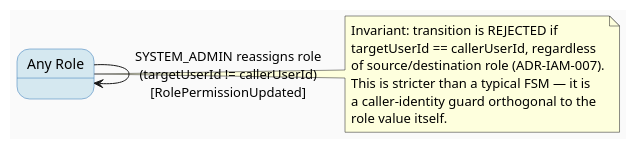
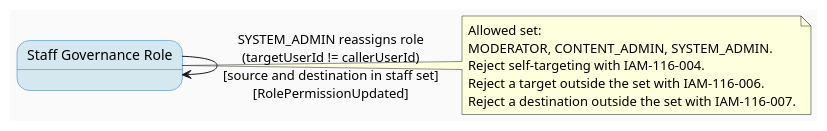
The fourth of 4 diagrams in 04_Implement/UC116_UpdateRoleAndPermission/UC116_UpdateRoleAndPermission_TDS.md (ChuongBDHE172784/CareBridge_SEP490_G79), drawn with PlantUML before and after one commit. The commit also changed other lines of this file and 28 other files, not shown here.

````diff
--- a/04_Implement/UC116_UpdateRoleAndPermission/UC116_UpdateRoleAndPermission_TDS.md
+++ b/04_Implement/UC116_UpdateRoleAndPermission/UC116_UpdateRoleAndPermission_TDS.md
@@ -370,20 +372,19 @@
 ```plantuml
 @startuml UC116_StateMachine
 skinparam backgroundColor #FAFAFA
 skinparam StateBackgroundColor #D5E8F0
 skinparam StateBorderColor #2E75B6
 
-state "Any Role" as AnyRole
-AnyRole --> AnyRole : SYSTEM_ADMIN reassigns role\n(targetUserId != callerUserId)\n[RolePermissionUpdated]
+state "Staff Governance Role" as StaffRole
+StaffRole --> StaffRole : SYSTEM_ADMIN reassigns role\n(targetUserId != callerUserId)\n[source and destination in staff set]\n[RolePermissionUpdated]
 
-note right of AnyRole
-  Invariant: transition is REJECTED if
-  targetUserId == callerUserId, regardless
-  of source/destination role (ADR-IAM-007).
-  This is stricter than a typical FSM — it is
-  a caller-identity guard orthogonal to the
-  role value itself.
+note right of StaffRole
+  Allowed set:
+  MODERATOR, CONTENT_ADMIN, SYSTEM_ADMIN.
+  Reject self-targeting with IAM-116-004.
+  Reject a target outside the set with IAM-116-006.
+  Reject a destination outside the set with IAM-116-007.
 end note
 
 @enduml
 ```
````
